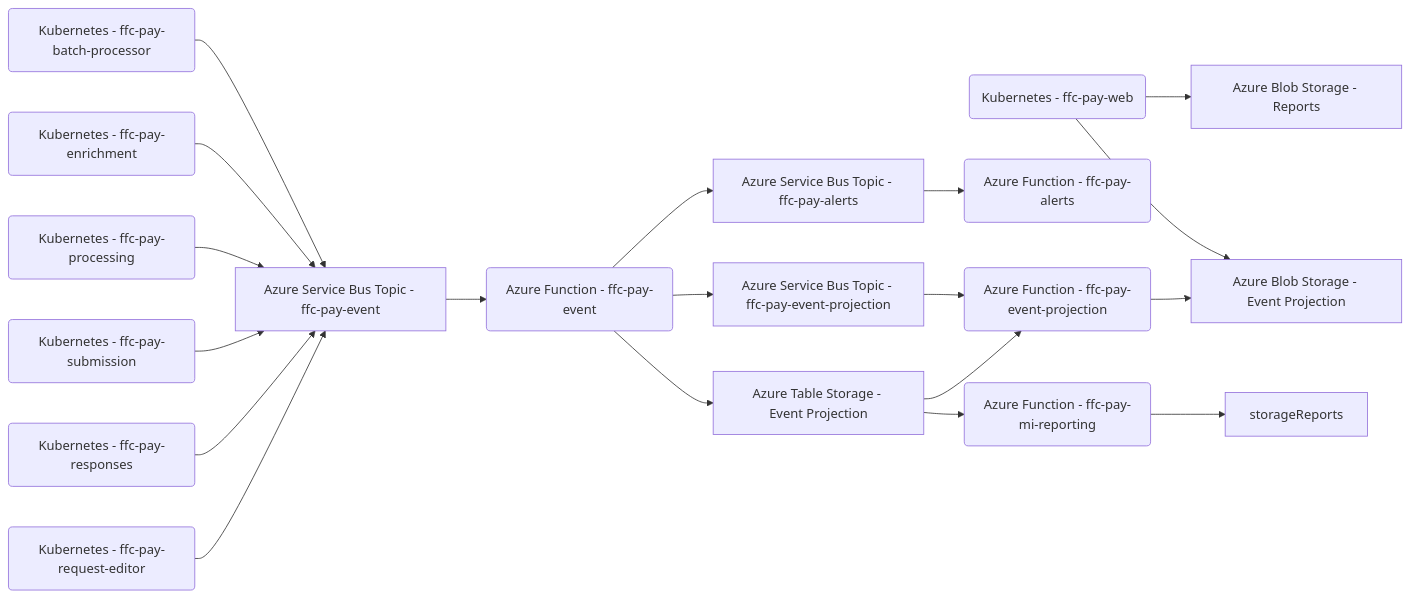
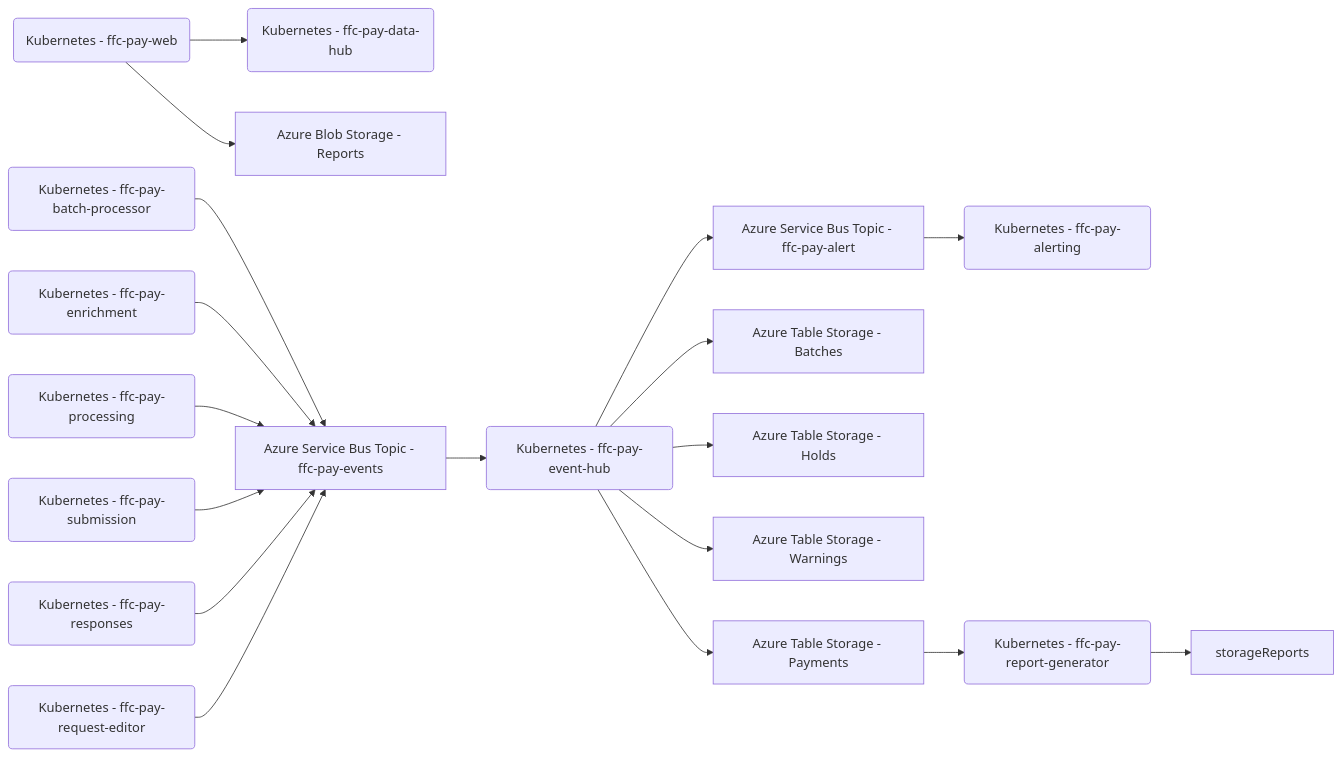
Before and after one commit to DEFRA/ffc-pay-core: the second of 3 diagrams in README.md, drawn with Mermaid. The commit also changed other lines of this file and 7 other files, not shown here.

````diff
--- a/README.md
+++ b/README.md
@@ -109,44 +106,44 @@
 ```mermaid
 flowchart LR
 ffc-pay-batch-processor(Kubernetes - ffc-pay-batch-processor)
 ffc-pay-enrichment(Kubernetes - ffc-pay-enrichment)
 ffc-pay-processing(Kubernetes - ffc-pay-processing)
 ffc-pay-submission(Kubernetes - ffc-pay-submission)
 ffc-pay-responses(Kubernetes - ffc-pay-responses)
 ffc-pay-request-editor(Kubernetes - ffc-pay-request-editor)
 ffc-pay-web(Kubernetes - ffc-pay-web)
 
-ffc-pay-event(Azure Function - ffc-pay-event)
-ffc-pay-event-projection(Azure Function - ffc-pay-event-projection)
-ffc-pay-alerts(Azure Function - ffc-pay-alerts)
-ffc-pay-mi-reporting(Azure Function - ffc-pay-mi-reporting)
+ffc-pay-event-hub(Kubernetes - ffc-pay-event-hub)
+ffc-pay-data-hub(Kubernetes - ffc-pay-data-hub)
+ffc-pay-alerting(Kubernetes - ffc-pay-alerting)
+ffc-pay-report-generator(Kubernetes - ffc-pay-report-generator)
 
-storageTable[Azure Table Storage - Event Projection]
-storageProjection[Azure Blob Storage - Event Projection]
+storageTablePayments[Azure Table Storage - Payments]
+storageTableBatches[Azure Table Storage - Batches]
+storageTableHolds[Azure Table Storage - Holds]
+storageTableWarnings[Azure Table Storage - Warnings]
 storageReport[Azure Blob Storage - Reports]
 
-topicEvent[Azure Service Bus Topic - ffc-pay-event]
-topicEventProjection[Azure Service Bus Topic - ffc-pay-event-projection]
-topicAlerts[Azure Service Bus Topic - ffc-pay-alerts]
+topicEvents[Azure Service Bus Topic - ffc-pay-events]
+topicAlert[Azure Service Bus Topic - ffc-pay-alert]
 
-ffc-pay-batch-processor --> topicEvent
-ffc-pay-enrichment --> topicEvent
-ffc-pay-processing --> topicEvent
-ffc-pay-submission --> topicEvent
-ffc-pay-responses --> topicEvent
-ffc-pay-request-editor --> topicEvent
-topicEvent --> ffc-pay-event
-ffc-pay-event --> topicAlerts
-ffc-pay-event --> topicEventProjection
-ffc-pay-event --> storageTable
-topicAlerts --> ffc-pay-alerts
-topicEventProjection --> ffc-pay-event-projection
-storageTable --> ffc-pay-event-projection
-ffc-pay-event-projection --> storageProjection
+ffc-pay-batch-processor --> topicEvents
+ffc-pay-enrichment --> topicEvents
+ffc-pay-processing --> topicEvents
+ffc-pay-submission --> topicEvents
+ffc-pay-responses --> topicEvents
+ffc-pay-request-editor --> topicEvents
+topicEvents --> ffc-pay-event-hub
+ffc-pay-event-hub --> topicAlert
+ffc-pay-event-hub --> storageTablePayments
+ffc-pay-event-hub --> storageTableBatches
+ffc-pay-event-hub --> storageTableHolds
+ffc-pay-event-hub --> storageTableWarnings
+topicAlert --> ffc-pay-alerting
 
-storageTable --> ffc-pay-mi-reporting
-ffc-pay-mi-reporting --> storageReports
+storageTablePayments --> ffc-pay-report-generator
+ffc-pay-report-generator --> storageReports
 
 ffc-pay-web --> storageReport
-ffc-pay-web --> storageProjection
+ffc-pay-web --> ffc-pay-data-hub
 ```
````
